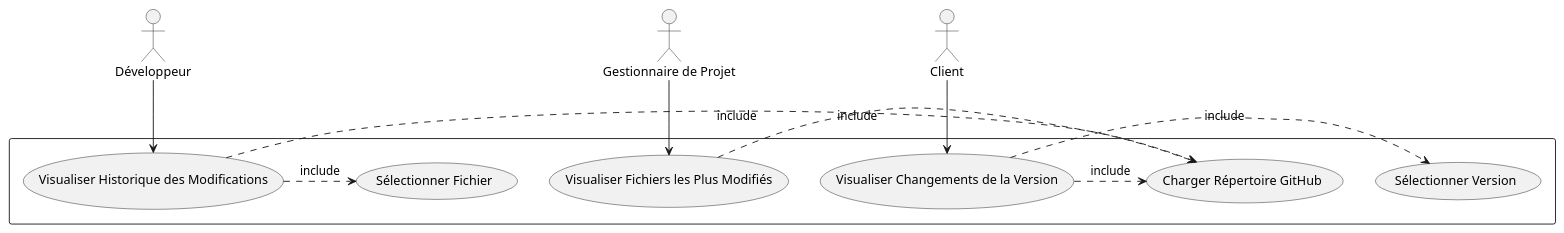
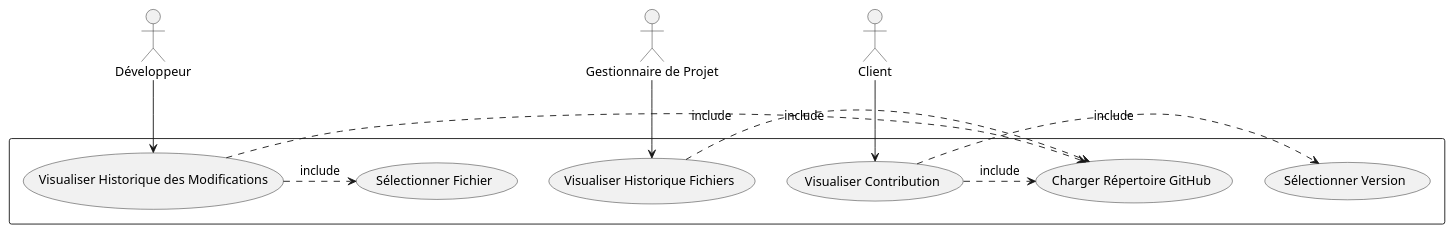
One commit to visevol/Cscope changed the diagram in Documentation/diagrammes-srs/use_case_diagram.puml. Above: the diagram before and after it, drawn with PlantUML. The commit also changed 1 other file, not shown here.

```diff
--- a/Documentation/diagrammes-srs/use_case_diagram.puml
+++ b/Documentation/diagrammes-srs/use_case_diagram.puml
@@ -1,19 +1,19 @@
 @startuml PFE_use_case
 actor "Développeur" as Dev
 actor "Gestionnaire de Projet" as PM
 actor "Client" as Client
 
 rectangle {
   Dev --> (Visualiser Historique des Modifications)
-  PM --> (Visualiser Fichiers les Plus Modifiés)
-  Client --> (Visualiser Changements de la Version)
+  PM --> (Visualiser Historique Fichiers)
+  Client --> (Visualiser Contribution)
 
   (Visualiser Historique des Modifications) .> (Charger Répertoire GitHub) : include
   (Visualiser Historique des Modifications) .> (Sélectionner Fichier) : include
 
-  (Visualiser Fichiers les Plus Modifiés) .> (Charger Répertoire GitHub) : include
+  (Visualiser Historique Fichiers) .> (Charger Répertoire GitHub) : include
 
-  (Visualiser Changements de la Version) .> (Charger Répertoire GitHub) : include
-  (Visualiser Changements de la Version) .> (Sélectionner Version) : include
+  (Visualiser Contribution) .> (Charger Répertoire GitHub) : include
+  (Visualiser Contribution) .> (Sélectionner Version) : include
 }
 @enduml
```
